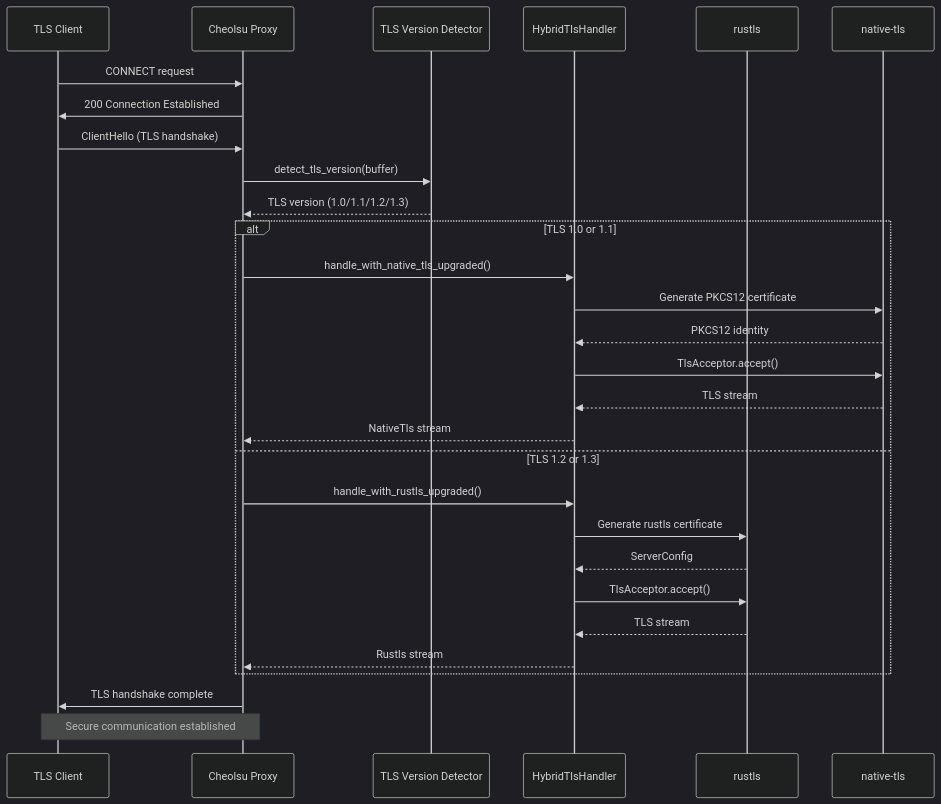
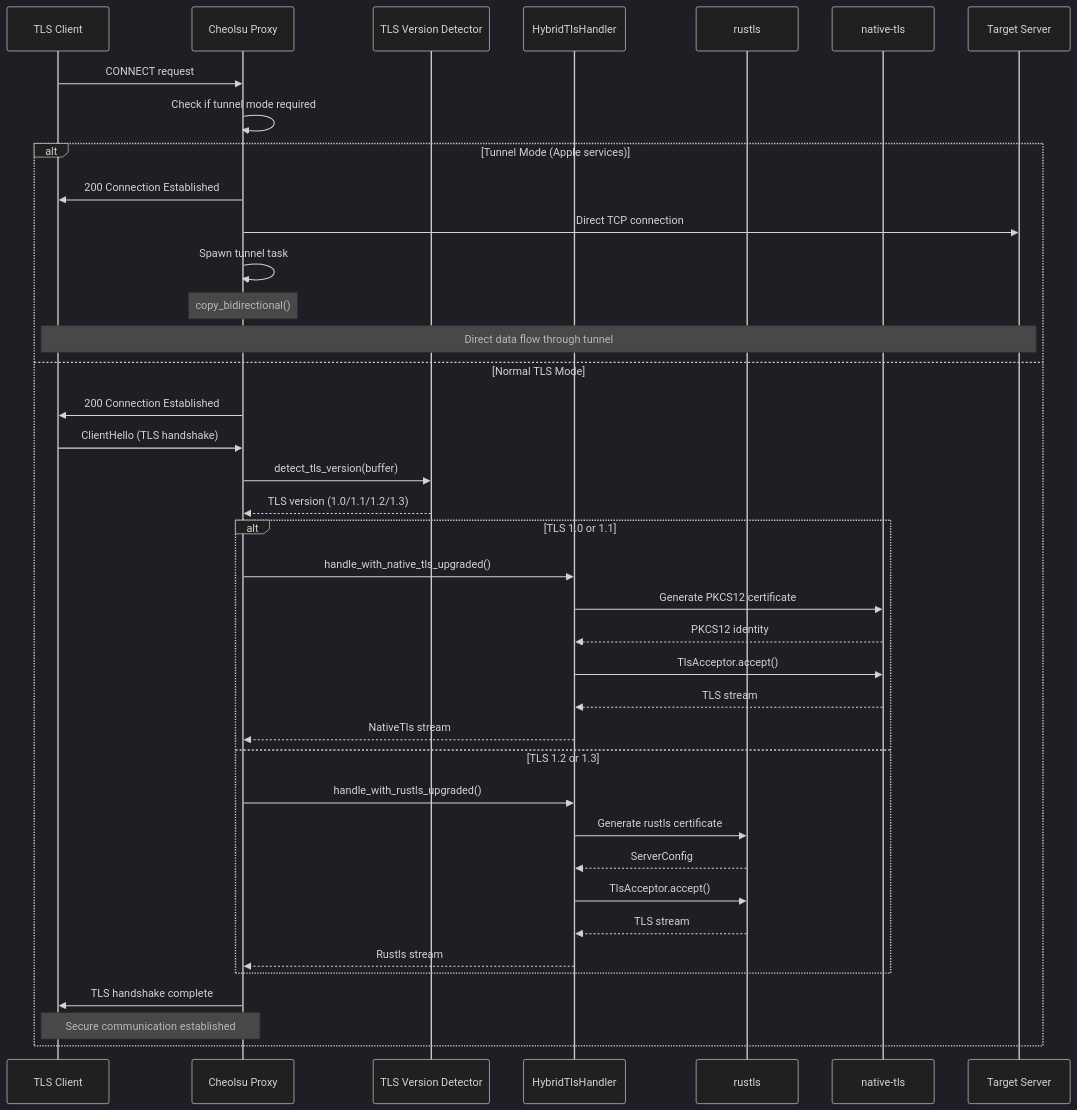
Before and after one commit to ohah/cheolsu-proxy: the first of 3 diagrams in docs/en/features/tls-support.md, drawn with Mermaid (dark theme). The commit also changed other lines of this file and 1 other file, not shown here.

First line of the commit message:
docs: add tunnel mode documentation for TLS compatibility issues

````diff
--- a/docs/en/features/tls-support.md
+++ b/docs/en/features/tls-support.md
@@ -39,35 +66,46 @@
 ```mermaid
 sequenceDiagram
     participant Client as TLS Client
     participant Proxy as Cheolsu Proxy
     participant Detector as TLS Version Detector
     participant Hybrid as HybridTlsHandler
     participant Rustls as rustls
     participant Native as native-tls
+    participant Server as Target Server
 
     Client->>Proxy: CONNECT request
-    Proxy->>Client: 200 Connection Established
-    Client->>Proxy: ClientHello (TLS handshake)
+    Proxy->>Proxy: Check if tunnel mode required
+    
+    alt Tunnel Mode (Apple services)
+        Proxy->>Client: 200 Connection Established
+        Proxy->>Server: Direct TCP connection
+        Proxy->>Proxy: Spawn tunnel task
+        Note over Proxy: copy_bidirectional()
+        Note over Client,Server: Direct data flow through tunnel
+    else Normal TLS Mode
+        Proxy->>Client: 200 Connection Established
+        Client->>Proxy: ClientHello (TLS handshake)
 
-    Proxy->>Detector: detect_tls_version(buffer)
-    Detector-->>Proxy: TLS version (1.0/1.1/1.2/1.3)
+        Proxy->>Detector: detect_tls_version(buffer)
+        Detector-->>Proxy: TLS version (1.0/1.1/1.2/1.3)
 
-    alt TLS 1.0 or 1.1
-        Proxy->>Hybrid: handle_with_native_tls_upgraded()
-        Hybrid->>Native: Generate PKCS12 certificate
-        Native-->>Hybrid: PKCS12 identity
-        Hybrid->>Native: TlsAcceptor.accept()
-        Native-->>Hybrid: TLS stream
-        Hybrid-->>Proxy: NativeTls stream
-    else TLS 1.2 or 1.3
-        Proxy->>Hybrid: handle_with_rustls_upgraded()
-        Hybrid->>Rustls: Generate rustls certificate
-        Rustls-->>Hybrid: ServerConfig
-        Hybrid->>Rustls: TlsAcceptor.accept()
-        Rustls-->>Hybrid: TLS stream
-        Hybrid-->>Proxy: Rustls stream
+        alt TLS 1.0 or 1.1
+            Proxy->>Hybrid: handle_with_native_tls_upgraded()
+            Hybrid->>Native: Generate PKCS12 certificate
+            Native-->>Hybrid: PKCS12 identity
+            Hybrid->>Native: TlsAcceptor.accept()
+            Native-->>Hybrid: TLS stream
+            Hybrid-->>Proxy: NativeTls stream
+        else TLS 1.2 or 1.3
+            Proxy->>Hybrid: handle_with_rustls_upgraded()
+            Hybrid->>Rustls: Generate rustls certificate
+            Rustls-->>Hybrid: ServerConfig
+            Hybrid->>Rustls: TlsAcceptor.accept()
+            Rustls-->>Hybrid: TLS stream
+            Hybrid-->>Proxy: Rustls stream
+        end
+
+        Proxy->>Client: TLS handshake complete
+        Note over Client,Proxy: Secure communication established
     end
-
-    Proxy->>Client: TLS handshake complete
-    Note over Client,Proxy: Secure communication established
 ```
````
